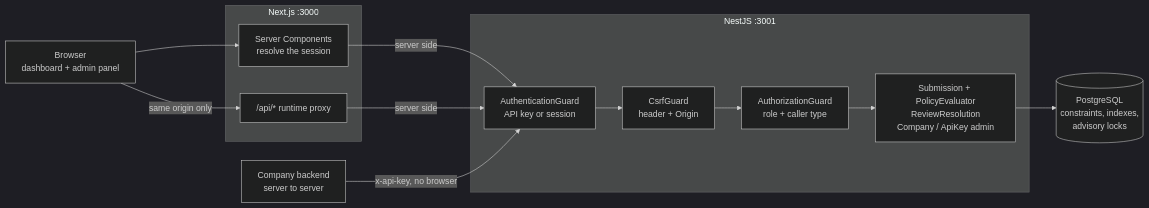
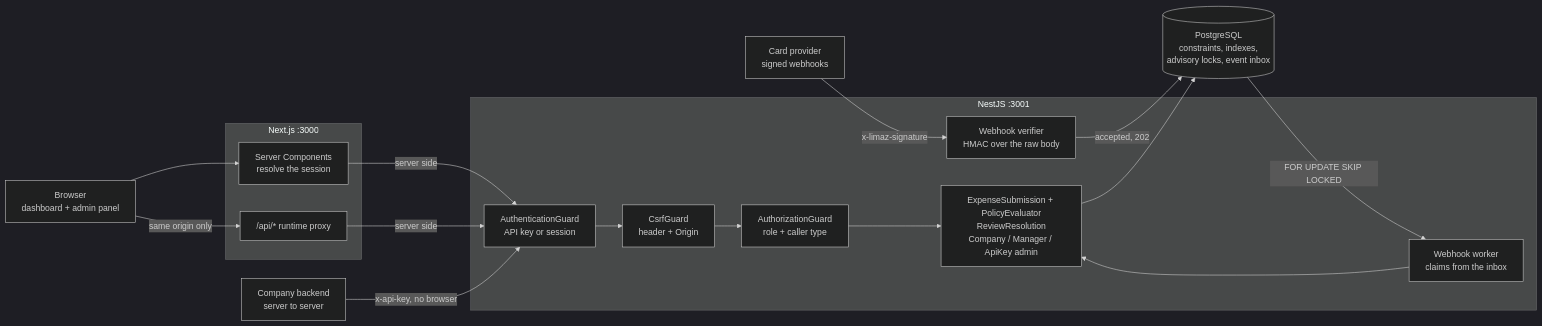
Before and after one commit to YoussefHussein57/Limaz-Assessment: the first of 11 diagrams in README.md, drawn with Mermaid (dark theme). The commit also changed other lines of this file and 14 other files, not shown here.

````diff
--- a/README.md
+++ b/README.md
@@ -50,29 +56,36 @@
 ```mermaid
 flowchart LR
   UI["Browser<br/>dashboard + admin panel"]
   INT["Company backend<br/>server to server"]
+  CARD["Card provider<br/>signed webhooks"]
 
   subgraph WEB["Next.js :3000"]
     RSC["Server Components<br/>resolve the session"]
     PROXY["/api/* runtime proxy"]
   end
 
   subgraph API["NestJS :3001"]
     AUTH["AuthenticationGuard<br/>API key or session"]
     CSRF["CsrfGuard<br/>header + Origin"]
     ROLE["AuthorizationGuard<br/>role + caller type"]
-    SVC["Submission + PolicyEvaluator<br/>ReviewResolution<br/>Company / ApiKey admin"]
+    HMAC["Webhook verifier<br/>HMAC over the raw body"]
+    SVC["ExpenseSubmission + PolicyEvaluator<br/>ReviewResolution<br/>Company / Manager / ApiKey admin"]
+    WORK["Webhook worker<br/>claims from the inbox"]
   end
 
-  DB[("PostgreSQL<br/>constraints, indexes,<br/>advisory locks")]
+  DB[("PostgreSQL<br/>constraints, indexes,<br/>advisory locks, event inbox")]
 
   UI -- "same origin only" --> PROXY
   UI --> RSC
   RSC -- "server side" --> AUTH
   PROXY -- "server side" --> AUTH
   INT -- "x-api-key, no browser" --> AUTH
+  CARD -- "x-limaz-signature" --> HMAC
   AUTH --> CSRF
   CSRF --> ROLE
   ROLE --> SVC
+  HMAC -- "accepted, 202" --> DB
+  DB -- "FOR UPDATE SKIP LOCKED" --> WORK
+  WORK --> SVC
   SVC --> DB
 ```
````
